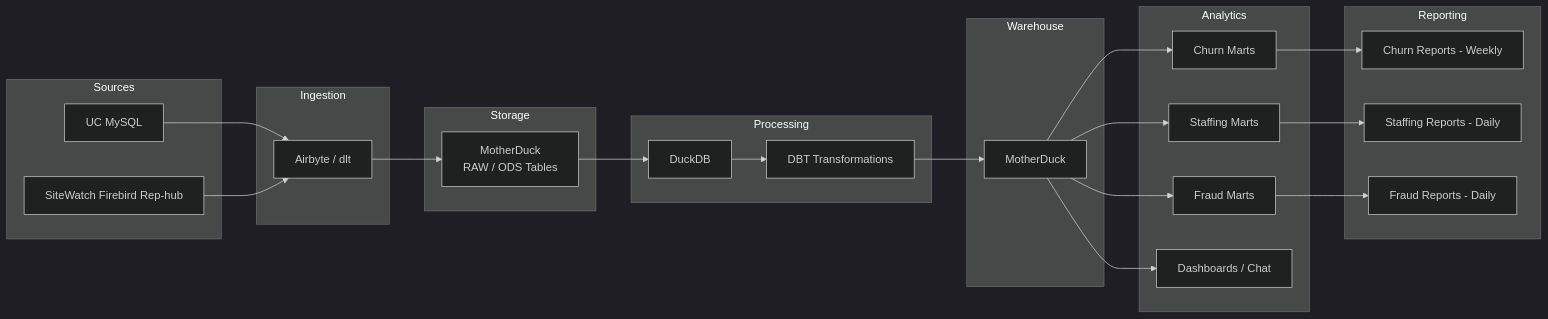
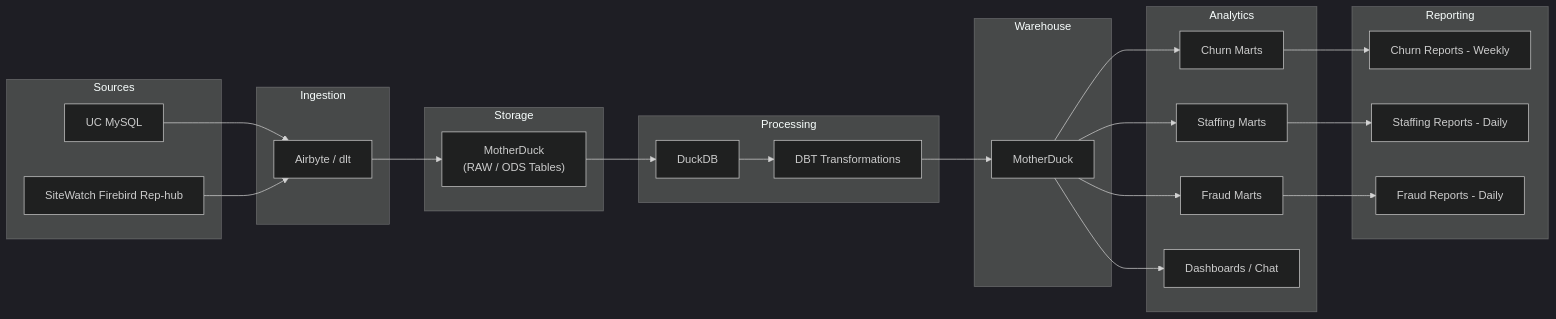
Before and after one commit to harihararaj-aifs/ChurnPrediction: the diagram in Phase2(Flowchart).md, drawn with Mermaid (dark theme).

Commit message:
FlowChart update for the Phase 2

````diff
--- a/Phase2(Flowchart).md
+++ b/Phase2(Flowchart).md
@@ -17,52 +17,52 @@
 ```mermaid
 flowchart LR
 
 subgraph Sources
 A[UC MySQL]
 B[SiteWatch Firebird Rep-hub]
 end
 
 subgraph Ingestion
 C[Airbyte / dlt]
 end
 
 subgraph Storage
-D[MotherDuck<br>RAW / ODS Tables]
+D["MotherDuck<br>(RAW / ODS Tables)"]
 end
 
 subgraph Processing
 E[DuckDB]
 F[DBT Transformations]
 end
 
 subgraph Warehouse
 G[MotherDuck]
 end
 
 subgraph Analytics
 H[Churn Marts]
 I[Staffing Marts]
 J[Fraud Marts]
 K[Dashboards / Chat]
 end
 
 subgraph Reporting
 L[Churn Reports - Weekly]
 M[Staffing Reports - Daily]
 N[Fraud Reports - Daily]
 end
 
 A --> C
 B --> C
 C --> D
 D --> E
 E --> F
 F --> G
 G --> H
 G --> I
 G --> J
 G --> K
 H --> L
 I --> M
 J --> N
 ```
````
